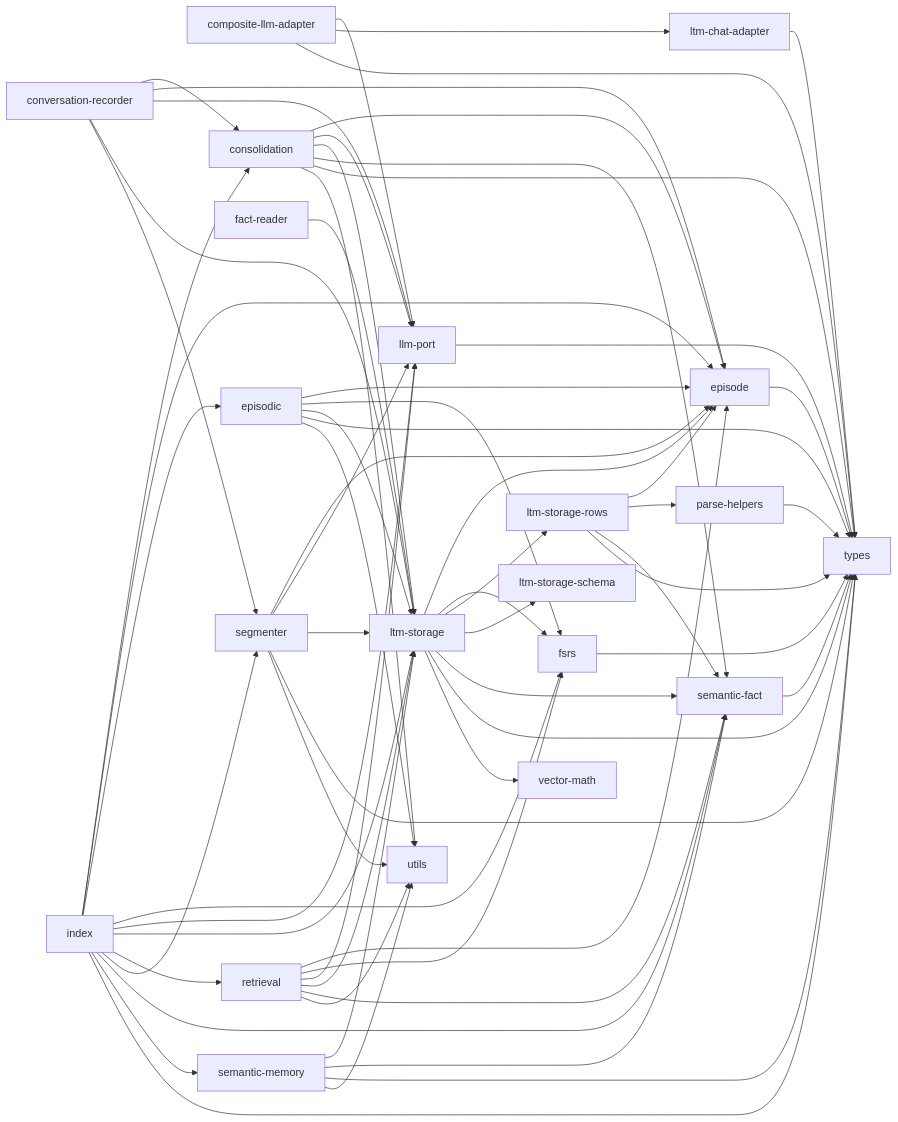
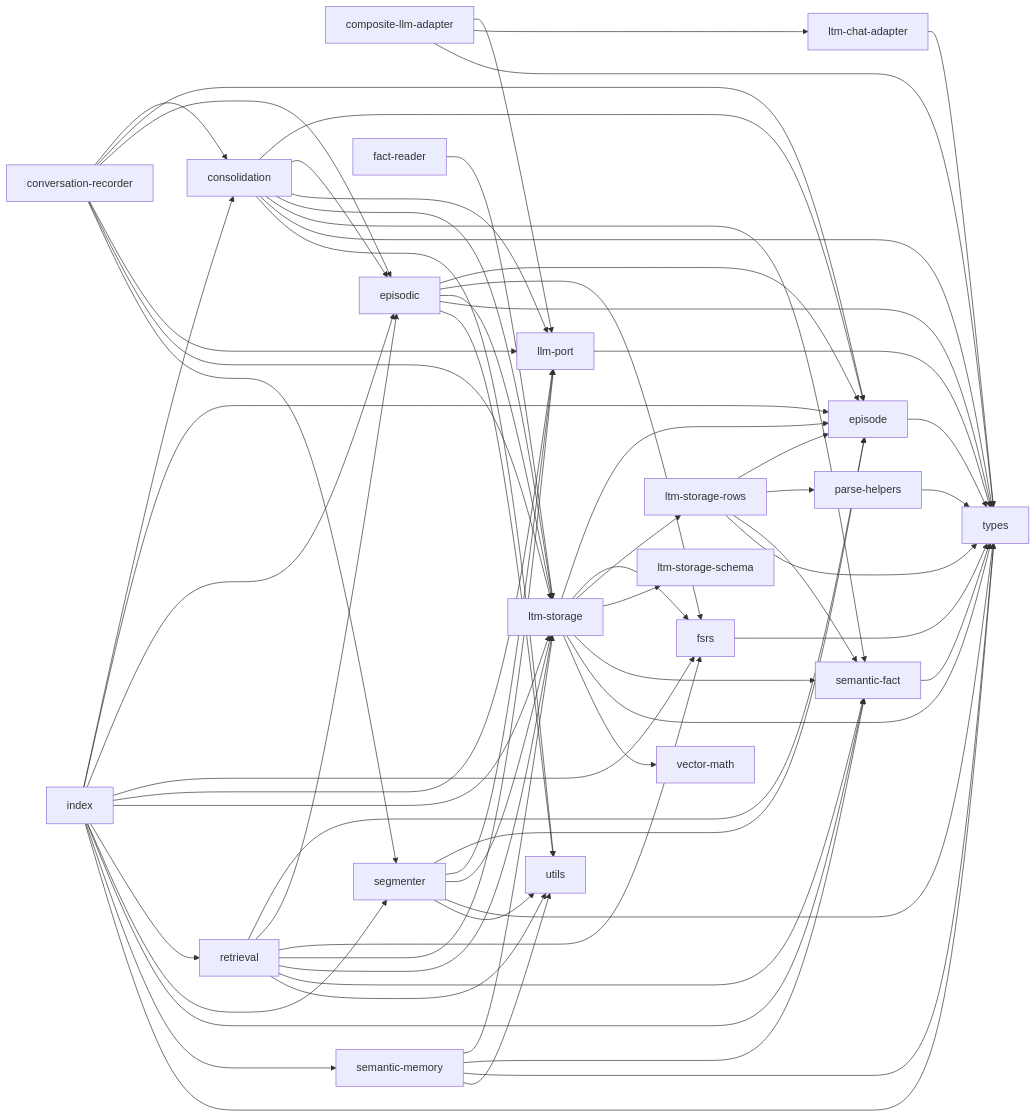
One commit to OJII3/vicissitude changed the diagram in src/ltm/DEPS.md. Above: the diagram before and after it, drawn with Mermaid. The commit also changed other lines of this file and 10 other files, not shown here.

````diff
--- a/src/ltm/DEPS.md
+++ b/src/ltm/DEPS.md
@@ -7,70 +7,73 @@
 ```mermaid
 graph LR
   composite_llm_adapter["composite-llm-adapter"] --> llm_port["llm-port"]
   composite_llm_adapter["composite-llm-adapter"] --> ltm_chat_adapter["ltm-chat-adapter"]
   composite_llm_adapter["composite-llm-adapter"] --> types
   consolidation --> episode
+  consolidation --> episodic
   consolidation --> llm_port["llm-port"]
   consolidation --> ltm_storage["ltm-storage"]
   consolidation --> semantic_fact["semantic-fact"]
   consolidation --> types
   consolidation --> utils
   conversation_recorder["conversation-recorder"] --> consolidation
   conversation_recorder["conversation-recorder"] --> episode
+  conversation_recorder["conversation-recorder"] --> episodic
   conversation_recorder["conversation-recorder"] --> llm_port["llm-port"]
   conversation_recorder["conversation-recorder"] --> ltm_storage["ltm-storage"]
   conversation_recorder["conversation-recorder"] --> segmenter
   episode --> types
   episodic --> episode
   episodic --> fsrs
   episodic --> ltm_storage["ltm-storage"]
   episodic --> types
   episodic --> utils
   fact_reader["fact-reader"] --> ltm_storage["ltm-storage"]
   fsrs --> types
   index --> consolidation
   index --> episode
   index --> episodic
   index --> fsrs
   index --> llm_port["llm-port"]
   index --> ltm_storage["ltm-storage"]
   index --> retrieval
   index --> segmenter
   index --> semantic_fact["semantic-fact"]
   index --> semantic_memory["semantic-memory"]
   index --> types
   llm_port["llm-port"] --> types
   ltm_chat_adapter["ltm-chat-adapter"] --> types
   ltm_storage["ltm-storage"] --> episode
   ltm_storage["ltm-storage"] --> fsrs
   ltm_storage["ltm-storage"] --> ltm_storage_rows["ltm-storage-rows"]
   ltm_storage["ltm-storage"] --> ltm_storage_schema["ltm-storage-schema"]
   ltm_storage["ltm-storage"] --> semantic_fact["semantic-fact"]
   ltm_storage["ltm-storage"] --> types
   ltm_storage["ltm-storage"] --> vector_math["vector-math"]
   ltm_storage_rows["ltm-storage-rows"] --> episode
   ltm_storage_rows["ltm-storage-rows"] --> parse_helpers["parse-helpers"]
   ltm_storage_rows["ltm-storage-rows"] --> semantic_fact["semantic-fact"]
   ltm_storage_rows["ltm-storage-rows"] --> types
   ltm_storage_schema["ltm-storage-schema"]
   parse_helpers["parse-helpers"] --> types
   retrieval --> episode
+  retrieval --> episodic
   retrieval --> fsrs
   retrieval --> llm_port["llm-port"]
   retrieval --> ltm_storage["ltm-storage"]
   retrieval --> semantic_fact["semantic-fact"]
   retrieval --> utils
   segmenter --> episode
   segmenter --> llm_port["llm-port"]
   segmenter --> ltm_storage["ltm-storage"]
   segmenter --> types
   segmenter --> utils
   semantic_fact["semantic-fact"] --> types
   semantic_memory["semantic-memory"] --> ltm_storage["ltm-storage"]
   semantic_memory["semantic-memory"] --> semantic_fact["semantic-fact"]
   semantic_memory["semantic-memory"] --> types
   semantic_memory["semantic-memory"] --> utils
   types
   utils
   vector_math["vector-math"]
 ```
````
